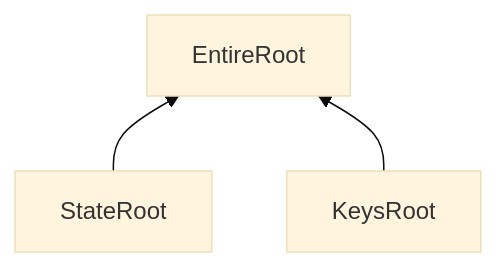
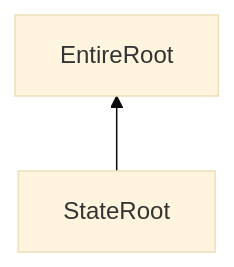
The first of 3 diagrams in whitepaper/whitepaper.md (sunriselayer/interliquid-sdk), drawn with Mermaid (base theme) before and after one commit. The commit also changed other lines of this file and 1 other file, not shown here.

````diff
--- a/whitepaper/whitepaper.md
+++ b/whitepaper/whitepaper.md
@@ -161,5 +161,4 @@
-```mermaid
+<div class="mermaid">
 graph BT
     State[StateRoot] --> Entire[EntireRoot]
-    Keys[KeysRoot] --> Entire
-```
+</div>
````
